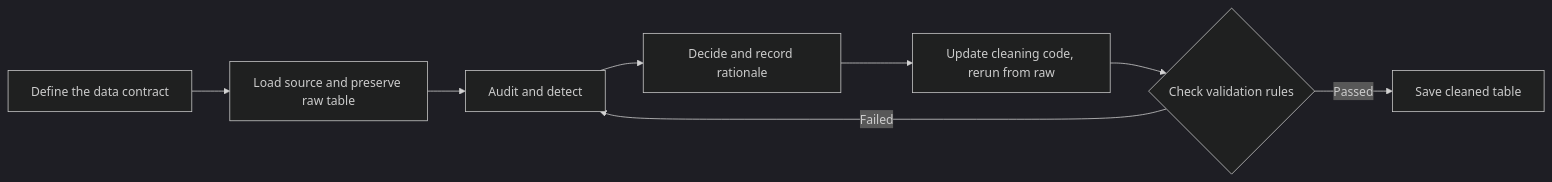
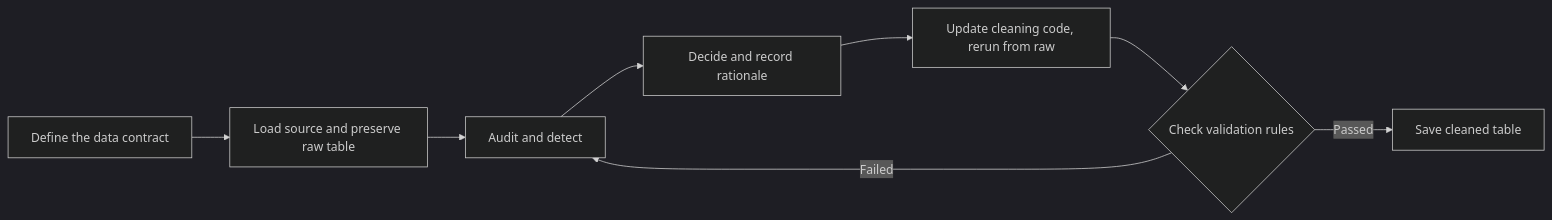
The diagram in 05/README.md (christopherseaman/datasci_217), drawn with Mermaid (dark theme) before and after one commit.

Commit message:
docs: order the Lecture 05 pipeline diagram for Notion's ELK layout

````diff
--- a/05/README.md
+++ b/05/README.md
@@ -766,7 +766,10 @@
 ```mermaid
 graph LR
     A[Define the data contract] --> B[Load source and preserve raw table] --> C[Audit and detect]
     C --> D[Decide and record rationale] --> E[Update cleaning code, rerun from raw] --> F{Check validation rules}
+    F -->|Passed| G[Save cleaned table]
+    C ~~~ E
+    C ~~~ F
+    D ~~~ F
     F -->|Failed| C
-    F -->|Passed| G[Save cleaned table]
 ```
````
